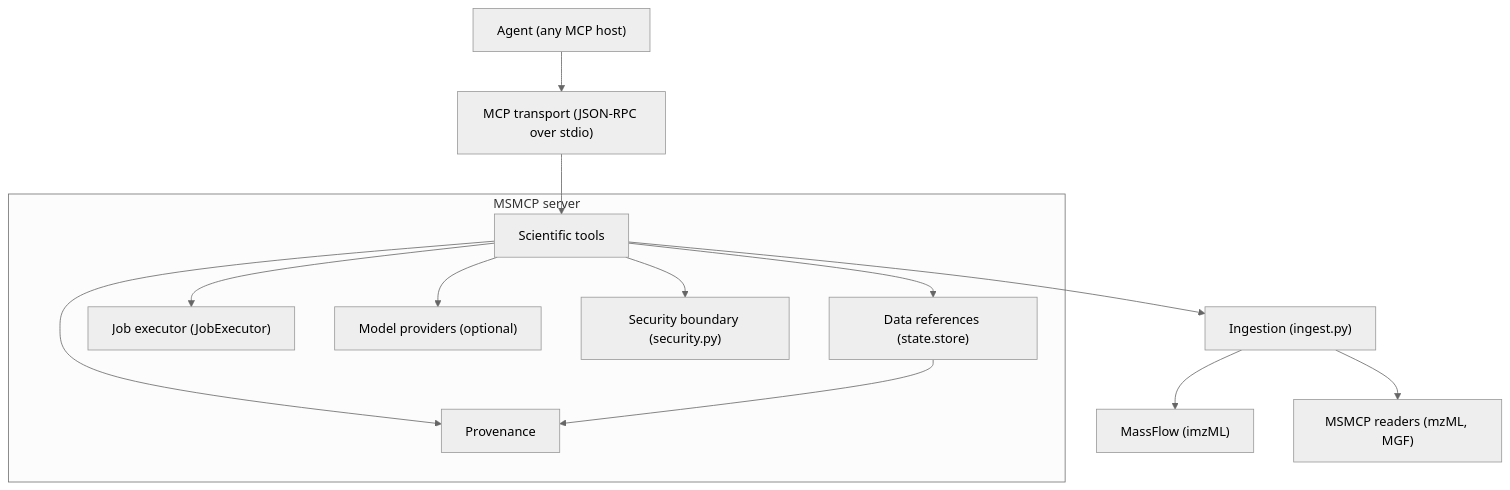
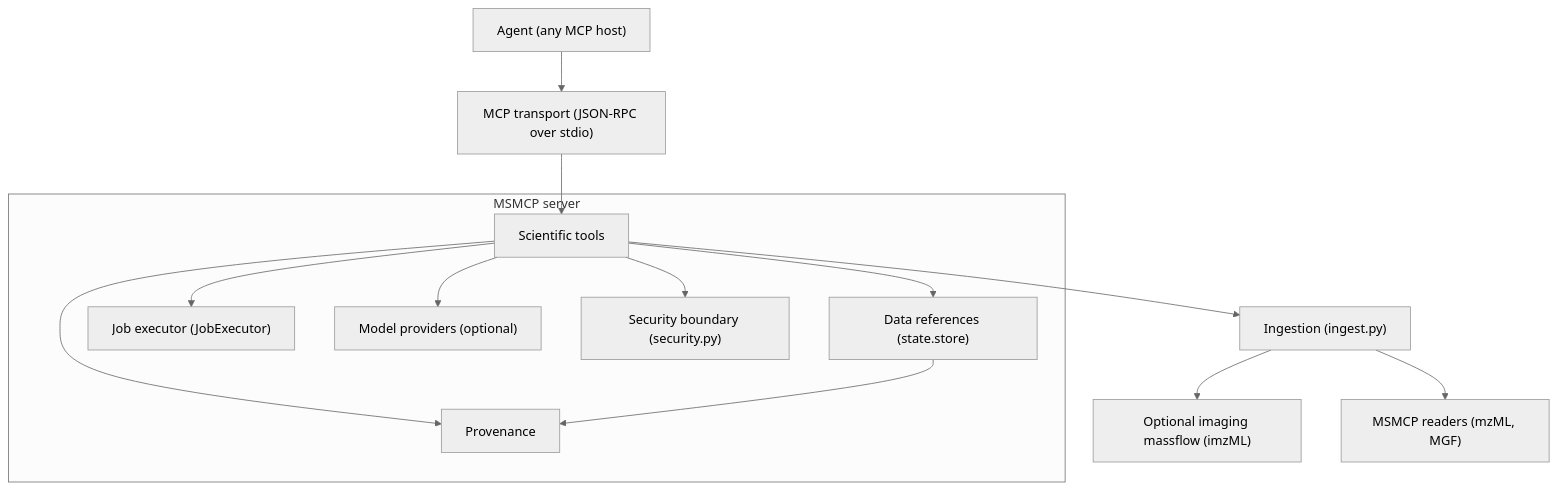
The diagram in ARCHITECTURE.md (janusson/MSMCP), drawn with Mermaid (neutral theme) before and after one commit. The commit also changed other lines of this file and 3 other files, not shown here.

Commit message:
docs: document optional imaging install boundary

````diff
--- a/ARCHITECTURE.md
+++ b/ARCHITECTURE.md
@@ -22,29 +22,29 @@
 ```mermaid
 flowchart TD
     Agent["Agent (any MCP host)"]
     MCP["MCP transport (JSON-RPC over stdio)"]
 
     subgraph MSMCP["MSMCP server"]
         Tools["Scientific tools"]
         Refs["Data references (state.store)"]
         Prov["Provenance"]
         Jobs["Job executor (JobExecutor)"]
         Models["Model providers (optional)"]
         Sec["Security boundary (security.py)"]
     end
 
     Ingest["Ingestion (ingest.py)"]
-    MassFlow["MassFlow (imzML)"]
+    MassFlow["Optional imaging massflow (imzML)"]
     Readers["MSMCP readers (mzML, MGF)"]
 
     Agent --> MCP --> Tools
     Tools --> Ingest
     Ingest --> MassFlow
     Ingest --> Readers
     Tools --> Refs
     Tools --> Prov
     Tools --> Jobs
     Tools --> Models
     Tools --> Sec
     Refs --> Prov
 ```
````
